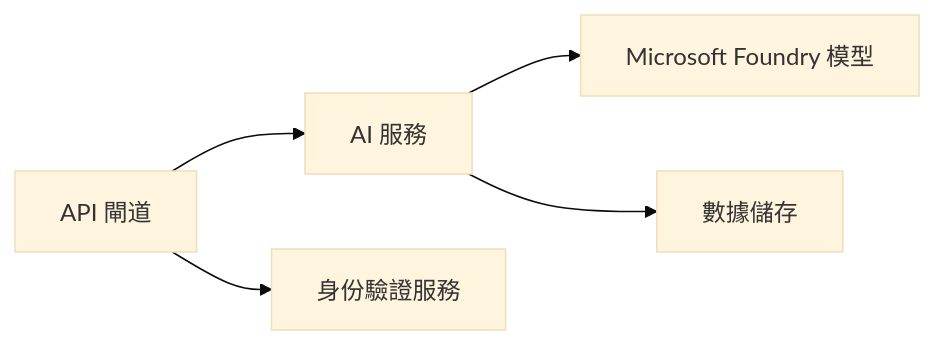
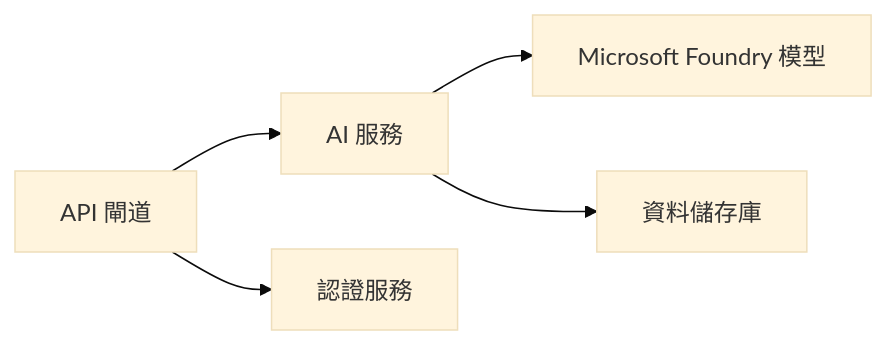
The first of 2 diagrams in translations/zh-HK/docs/chapter-08-production/README.md (microsoft/AZD-for-beginners), drawn with Mermaid (base theme) before and after one commit. The commit also changed other lines of this file and 101 other files, not shown here.

````diff
--- a/translations/zh-HK/docs/chapter-08-production/README.md
+++ b/translations/zh-HK/docs/chapter-08-production/README.md
@@ -46,6 +48,6 @@
 ```mermaid
 graph LR
     Gateway[API 閘道] --> AI[AI 服務] --> Models[Microsoft Foundry 模型]
-    Gateway --> Auth[身份驗證服務]
-    AI --> Data[數據儲存]
+    Gateway --> Auth[認證服務]
+    AI --> Data[資料儲存庫]
 ```
````
